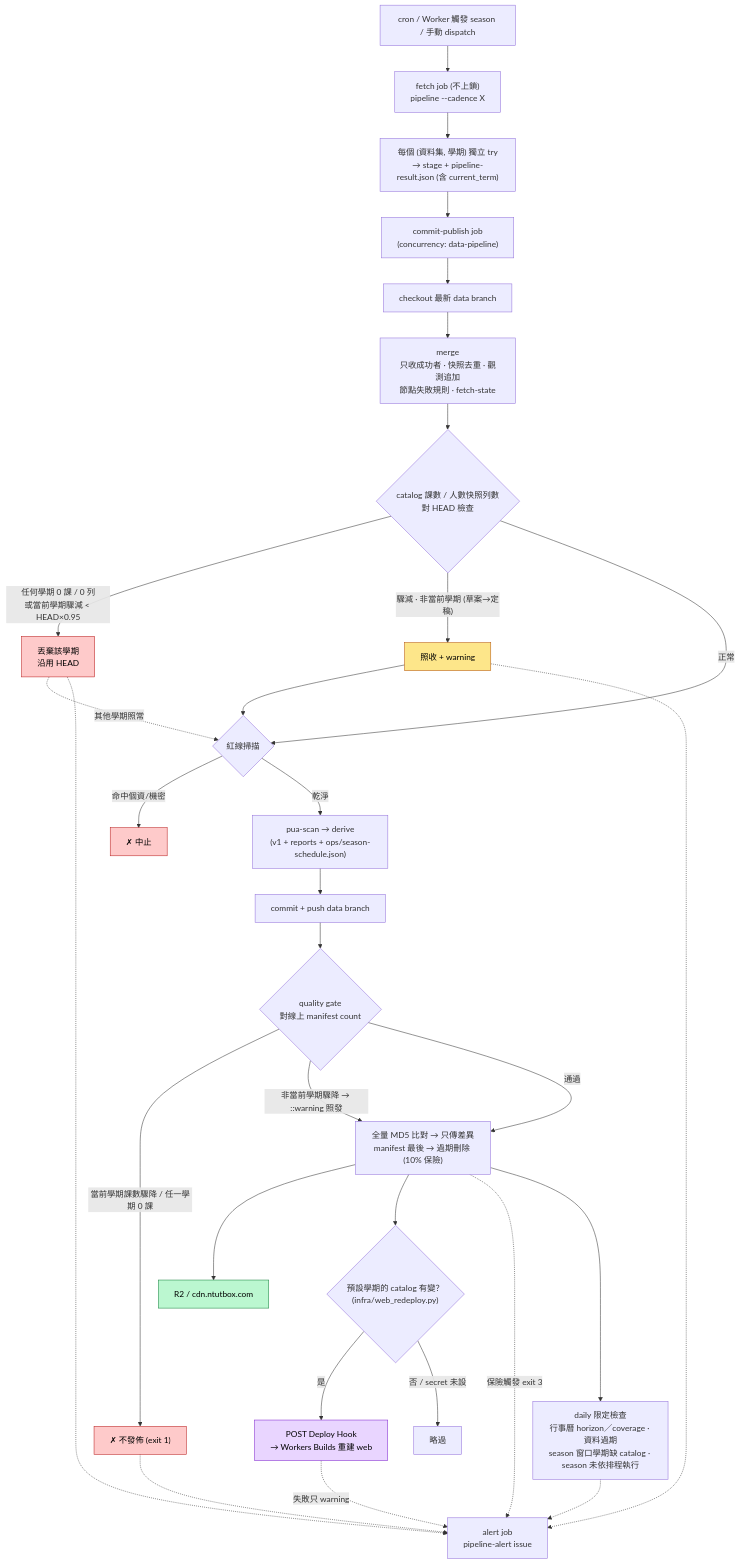
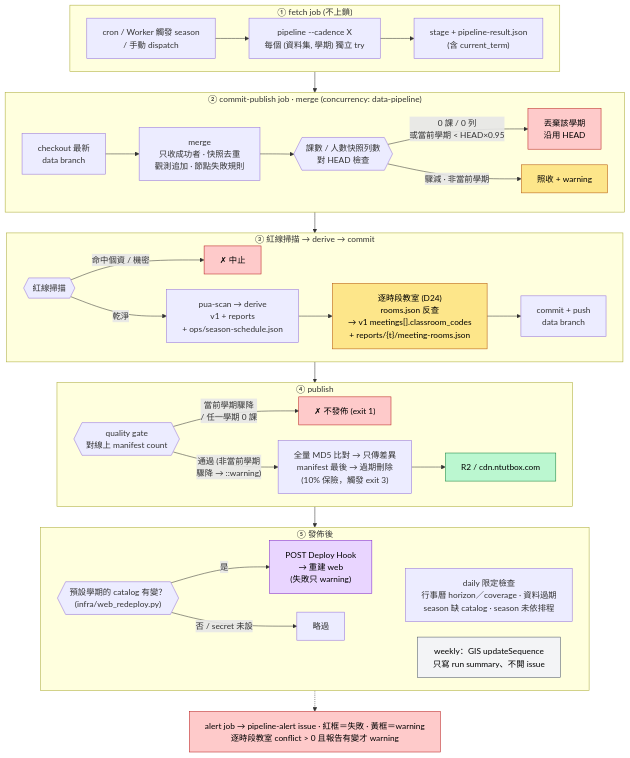
Before and after one commit to poterpan/ntutbox-course: the diagram in docs/diagrams/02-pipeline.mmd, drawn with Mermaid. The commit also changed 26 other files, not shown here.

First line of the commit message:
docs: 架構圖補上 rooms／逐時段教室，並修正圖在 GitHub 上的顯示大小 (#122)

```diff
--- a/docs/diagrams/02-pipeline.mmd
+++ b/docs/diagrams/02-pipeline.mmd
@@ -1,39 +1,63 @@
-flowchart TD
-    A["cron / Worker 觸發 season / 手動 dispatch"] --> B["fetch job (不上鎖)<br/>pipeline --cadence X"]
-    B --> B2["每個 (資料集, 學期) 獨立 try<br/>→ stage + pipeline-result.json (含 current_term)"]
-    B2 --> C["commit-publish job<br/>(concurrency: data-pipeline)"]
-    C --> D["checkout 最新 data branch"]
-    D --> E["merge<br/>只收成功者 · 快照去重 · 觀測追加<br/>節點失敗規則 · fetch-state"]
-    E --> Q{"catalog 課數 / 人數快照列數<br/>對 HEAD 檢查"}
-    Q -->|"任何學期 0 課 / 0 列<br/>或當前學期驟減 < HEAD×0.95"| QX["丟棄該學期<br/>沿用 HEAD"]
-    Q -->|"驟減 · 非當前學期 (草案→定稿)"| QW["照收 + warning"]
-    Q -->|正常| H
-    QW --> H{"紅線掃描"}
-    H -->|命中個資/機密| HX["✗ 中止"]
-    H -->|乾淨| I["pua-scan → derive<br/>(v1 + reports + ops/season-schedule.json)"]
-    I --> J["commit + push data branch"]
-    J --> K{"quality gate<br/>對線上 manifest count"}
-    K -->|"當前學期課數驟降 / 任一學期 0 課"| KX["✗ 不發佈 (exit 1)"]
-    K -->|"非當前學期驟降 → ::warning 照發"| L
-    K -->|通過| L["全量 MD5 比對 → 只傳差異<br/>manifest 最後 → 過期刪除 (10% 保險)"]
-    L --> M["R2 / cdn.ntutbox.com"]
-    L --> W{"預設學期的 catalog 有變？<br/>(infra/web_redeploy.py)"}
-    W -->|是| WH["POST Deploy Hook<br/>→ Workers Builds 重建 web"]
-    W -->|否 / secret 未設| WS["略過"]
-    WH -.->|失敗只 warning| AL
-    L -.->|保險觸發 exit 3| AL
-    QX -.->|其他學期照常| H
-    QX -.-> AL["alert job<br/>pipeline-alert issue"]
-    QW -.-> AL
-    KX -.-> AL
-    L --> DC["daily 限定檢查<br/>行事曆 horizon／coverage · 資料過期<br/>season 窗口學期缺 catalog · season 未依排程執行"]
-    DC -.-> AL
+---
+config:
+  flowchart:
+    useMaxWidth: false
+    wrappingWidth: 480
+    nodeSpacing: 30
+    rankSpacing: 40
+---
+flowchart TB
+    subgraph S1["① fetch job (不上鎖)"]
+        direction LR
+        A["cron / Worker 觸發 season<br/>/ 手動 dispatch"] --> B["pipeline --cadence X<br/>每個 (資料集, 學期) 獨立 try"] --> B2["stage + pipeline-result.json<br/>(含 current_term)"]
+    end
+
+    subgraph S2["② commit-publish job · merge (concurrency: data-pipeline)"]
+        direction LR
+        D["checkout 最新<br/>data branch"] --> E["merge<br/>只收成功者 · 快照去重<br/>觀測追加 · 節點失敗規則"] --> Q{{"課數 / 人數快照列數<br/>對 HEAD 檢查"}}
+        Q -->|"0 課 / 0 列<br/>或當前學期 < HEAD×0.95"| QX["丟棄該學期<br/>沿用 HEAD"]
+        Q -->|"驟減 · 非當前學期"| QW["照收 + warning"]
+    end
+
+    subgraph S3["③ 紅線掃描 → derive → commit"]
+        direction LR
+        H{{"紅線掃描"}} -->|命中個資 / 機密| HX["✗ 中止"]
+        H -->|乾淨| I["pua-scan → derive<br/>v1 + reports<br/>+ ops/season-schedule.json"] --> MR["逐時段教室 (D24)<br/>rooms.json 反查<br/>→ v1 meetings[].classroom_codes<br/>+ reports/{t}/meeting-rooms.json"] --> J["commit + push<br/>data branch"]
+    end
+
+    subgraph S4["④ publish"]
+        direction LR
+        K{{"quality gate<br/>對線上 manifest count"}} -->|"當前學期驟降<br/>/ 任一學期 0 課"| KX["✗ 不發佈 (exit 1)"]
+        K -->|"通過 (非當前學期<br/>驟降 → ::warning)"| L["全量 MD5 比對 → 只傳差異<br/>manifest 最後 → 過期刪除<br/>(10% 保險，觸發 exit 3)"] --> M["R2 / cdn.ntutbox.com"]
+    end
+
+    subgraph S5["⑤ 發佈後"]
+        direction LR
+        W{{"預設學期的 catalog 有變？<br/>(infra/web_redeploy.py)"}} -->|是| WH["POST Deploy Hook<br/>→ 重建 web<br/>(失敗只 warning)"]
+        W -->|"否 / secret 未設"| WS["略過"]
+        DC["daily 限定檢查<br/>行事曆 horizon／coverage · 資料過期<br/>season 缺 catalog · season 未依排程"]
+        GD["weekly：GIS updateSequence<br/>只寫 run summary、不開 issue"]
+        WS ~~~ DC
+        WS ~~~ GD
+    end
+
+    AL["alert job → pipeline-alert issue · 紅框＝失敗 · 黃框＝warning<br/>逐時段教室 conflict > 0 且報告有變才 warning"]
+
+    S1 --> S2
+    S2 --> S3
+    S3 --> S4
+    S4 --> S5
+    S5 -.-> AL
 
     classDef bad fill:#fecaca,stroke:#b91c1c,color:#000
     classDef warn fill:#fde68a,stroke:#b45309,color:#000
     classDef ok fill:#bbf7d0,stroke:#15803d,color:#000
+    classDef store fill:#bfdbfe,stroke:#1e40af,color:#000
     classDef trig fill:#e9d5ff,stroke:#7e22ce,color:#000
-    class HX,KX,QX bad
-    class QW warn
+    classDef muted fill:#f3f4f6,stroke:#4b5563,color:#000
+    class HX,QX,KX bad
+    class QW,MR warn
     class M ok
     class WH trig
+    class GD muted
+    class AL bad
```
